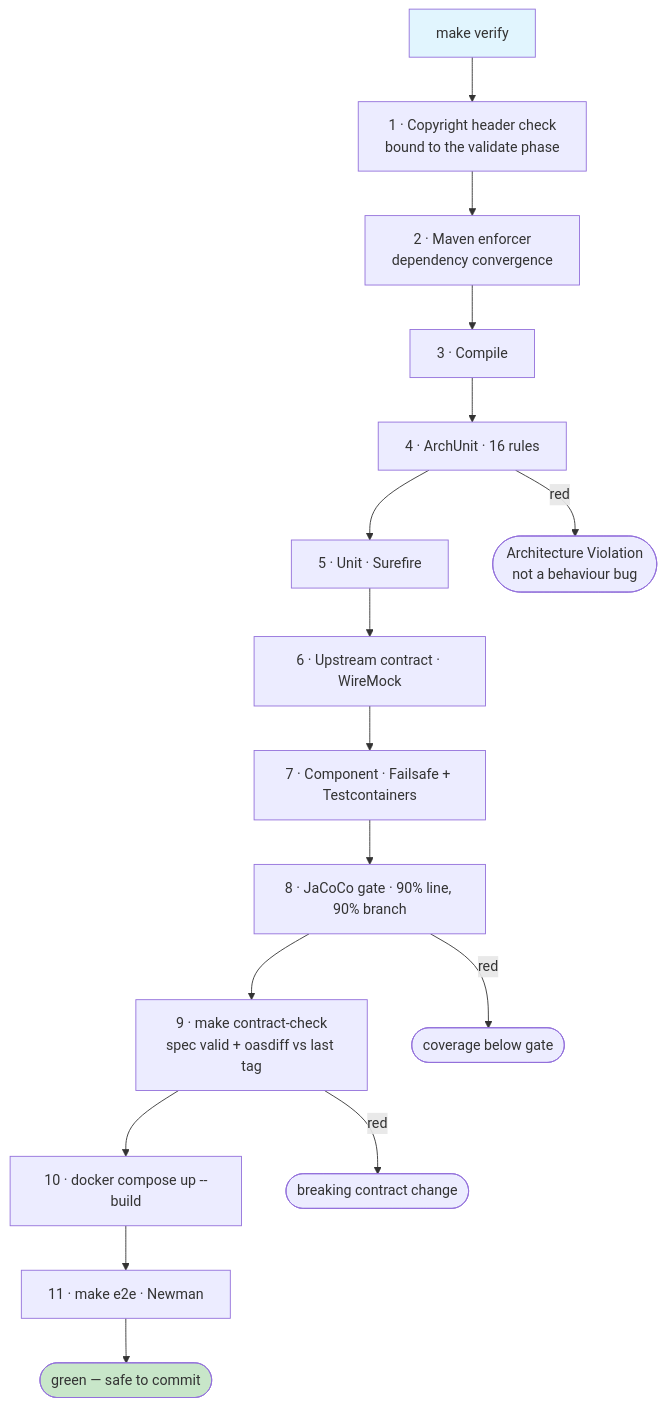
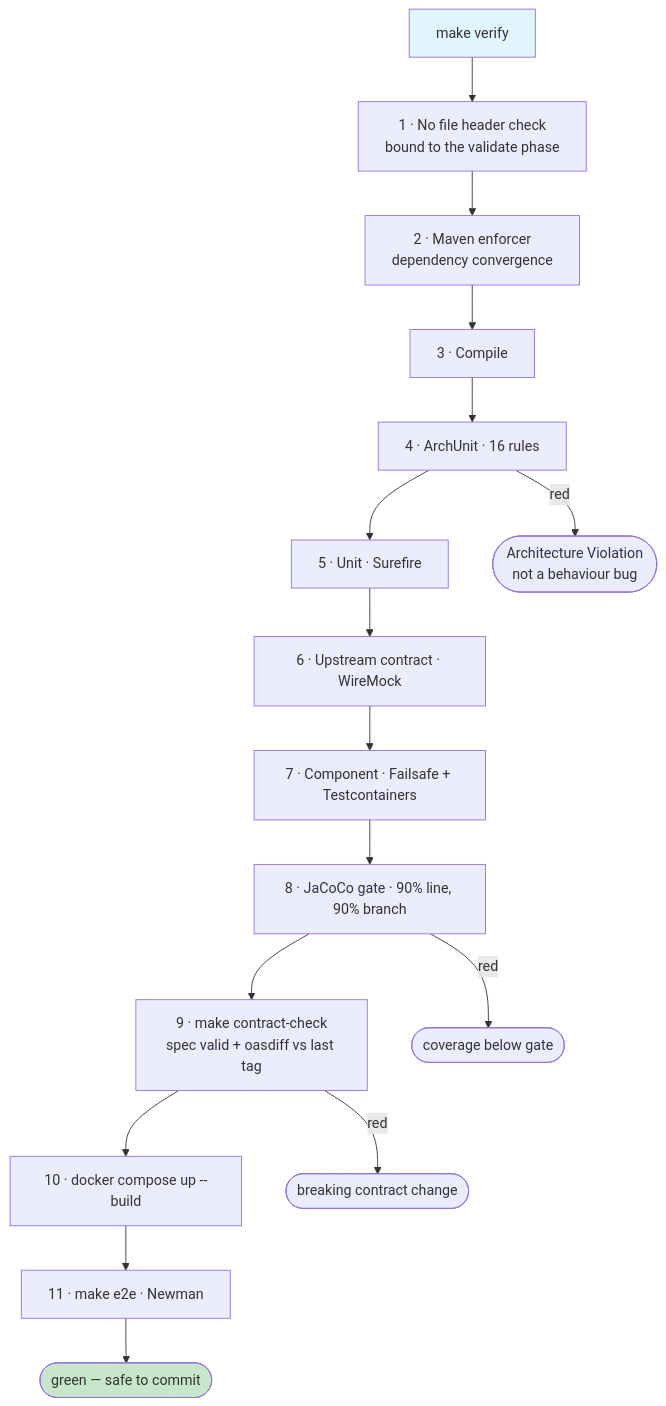
One commit to davidmtzenciso/pokedex-api changed the diagram in docs/diagrams/verification-gates.md. Above: the diagram before and after it, drawn with Mermaid. The commit also changed other lines of this file and 24 other files, not shown here.

````diff
--- a/docs/diagrams/verification-gates.md
+++ b/docs/diagrams/verification-gates.md
@@ -5,22 +5,22 @@
 ```mermaid
 flowchart TD
-  V["make verify"] --> H["1 · Copyright header check<br/>bound to the validate phase"]
+  V["make verify"] --> H["1 · No file header check<br/>bound to the validate phase"]
   H --> E["2 · Maven enforcer<br/>dependency convergence"]
   E --> C["3 · Compile"]
   C --> A["4 · ArchUnit · 16 rules"]
   A --> U["5 · Unit · Surefire"]
   U --> W["6 · Upstream contract · WireMock"]
   W --> K["7 · Component · Failsafe + Testcontainers"]
   K --> J["8 · JaCoCo gate · 90% line, 90% branch"]
   J --> S["9 · make contract-check<br/>spec valid + oasdiff vs last tag"]
   S --> D["10 · docker compose up --build"]
   D --> N["11 · make e2e · Newman"]
   N --> OK([green — safe to commit])
 
   A -->|red| FA([Architecture Violation<br/>not a behaviour bug])
   J -->|red| FJ([coverage below gate])
   S -->|red| FS([breaking contract change])
 
   style V fill:#e1f5fe
   style OK fill:#c8e6c9
 ```
````
